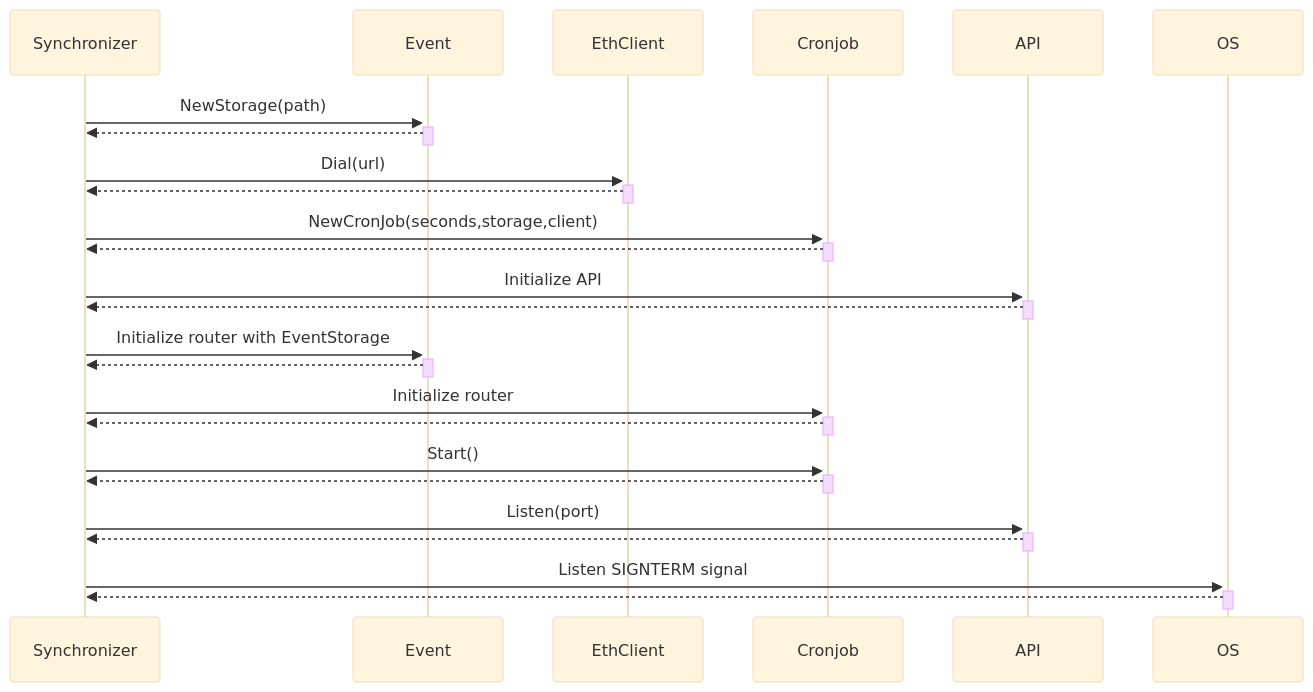
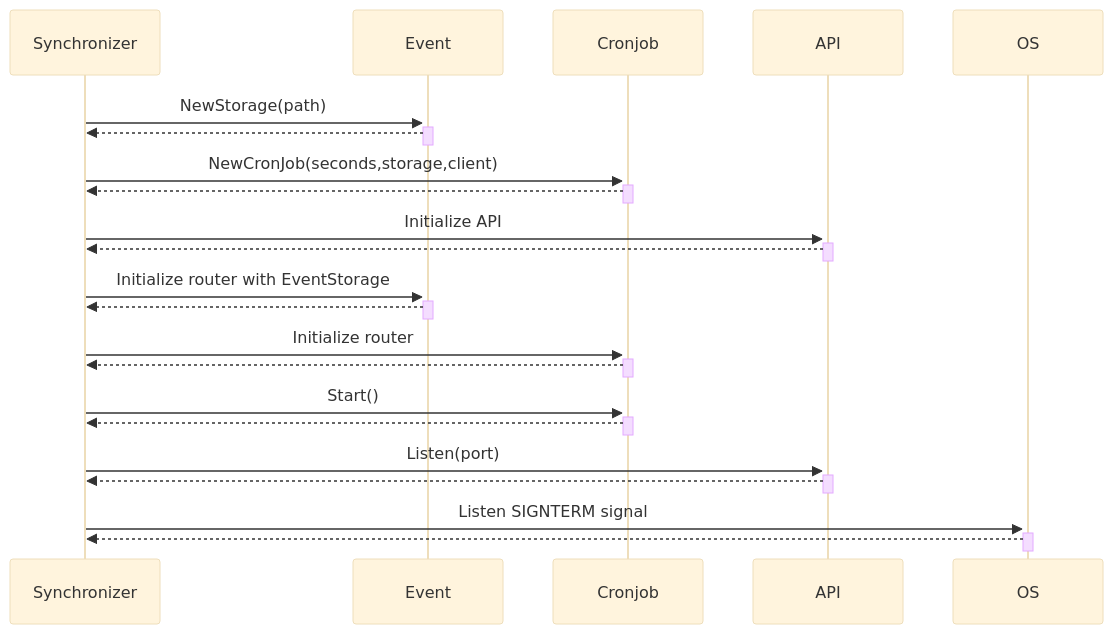
The diagram in asset/diagram/api-flow.mermaid (darchlabs/synchronizer-v2), drawn with Mermaid (base theme) before and after one commit. The commit also changed 2 other files, not shown here.

Commit message:
refactor(mermair): update diagrams

```diff
--- a/asset/diagram/api-flow.mermaid
+++ b/asset/diagram/api-flow.mermaid
@@ -1,19 +1,17 @@
 sequenceDiagram
     Synchronizer->>+Event: NewStorage(path)
     Event-->>-Synchronizer: 
-    Synchronizer->>+EthClient: Dial(url)
-    EthClient-->>-Synchronizer: 
     Synchronizer->>+Cronjob: NewCronJob(seconds,storage,client)
     Cronjob-->>-Synchronizer: 
     Synchronizer->>+API: Initialize API
     API-->>-Synchronizer: 
     Synchronizer->>+Event: Initialize router with EventStorage
     Event-->>-Synchronizer: 
     Synchronizer->>+Cronjob: Initialize router
     Cronjob-->>-Synchronizer: 
     Synchronizer->>+Cronjob: Start()
     Cronjob-->>-Synchronizer: 
     Synchronizer->>+API: Listen(port)
     API-->>-Synchronizer: 
     Synchronizer->>+OS: Listen SIGNTERM signal
     OS-->>-Synchronizer: 
```
